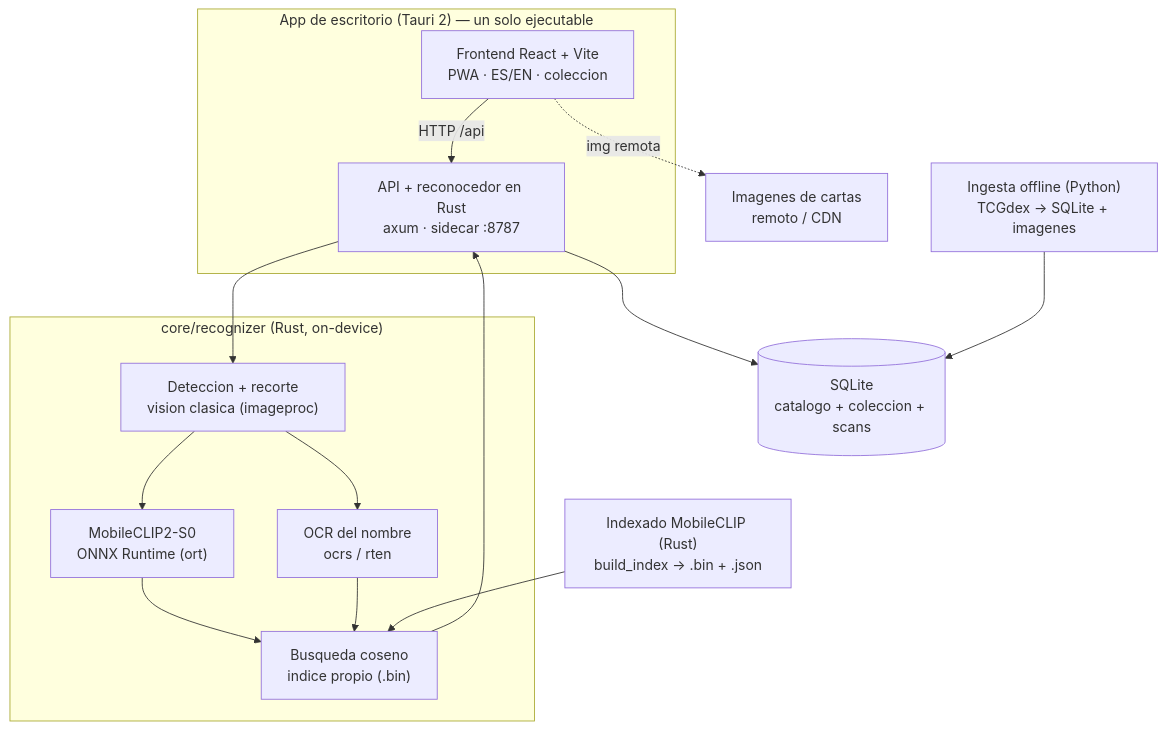
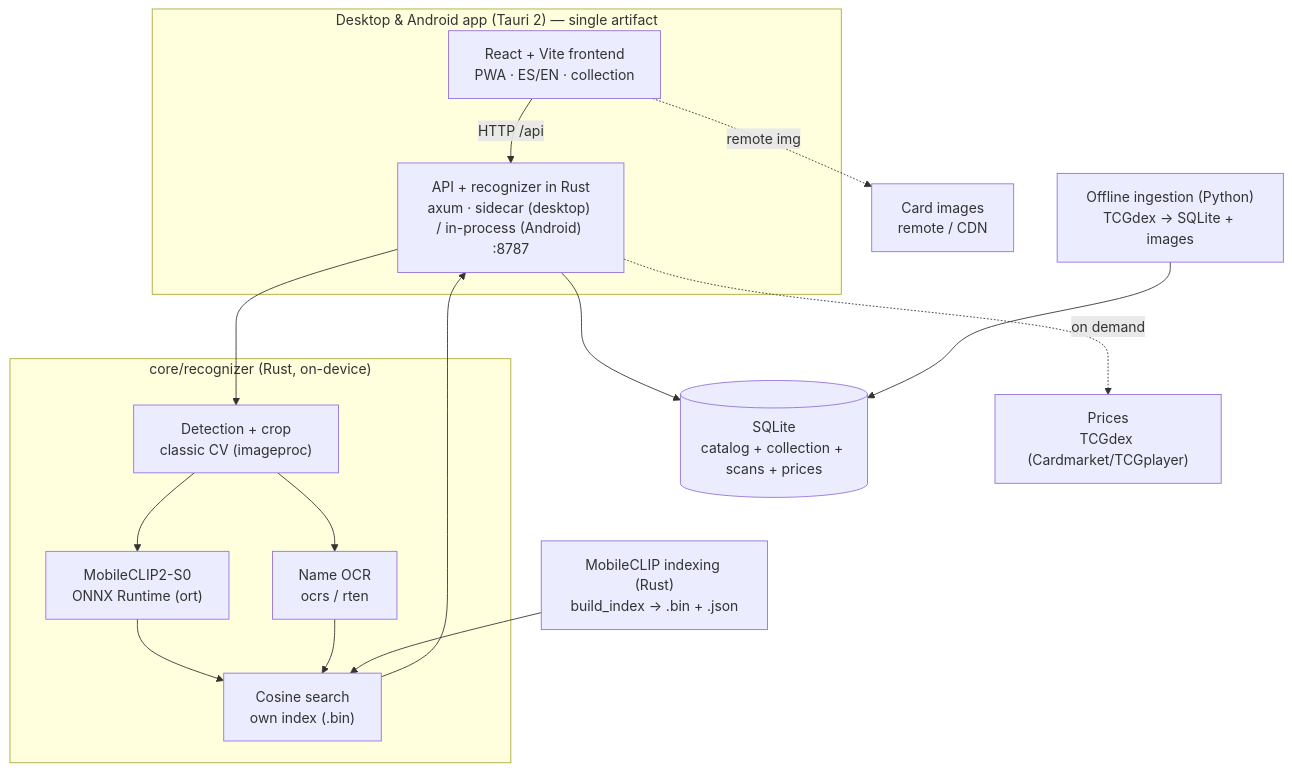
Before and after one commit to alexwing/CardLens: the diagram in README.md, drawn with Mermaid. The commit also changed other lines of this file and 1 other file, not shown here.

````diff
--- a/README.md
+++ b/README.md
@@ -36,29 +41,31 @@
 ```mermaid
 flowchart TB
-    subgraph APP["App de escritorio (Tauri 2) — un solo ejecutable"]
-        UI["Frontend React + Vite<br/>PWA · ES/EN · coleccion"]
-        API["API + reconocedor en Rust<br/>axum · sidecar :8787"]
+    subgraph APP["Desktop & Android app (Tauri 2) — single artifact"]
+        UI["React + Vite frontend<br/>PWA · ES/EN · collection"]
+        API["API + recognizer in Rust<br/>axum · sidecar (desktop) / in-process (Android) :8787"]
         UI -->|"HTTP /api"| API
     end
 
     subgraph REC["core/recognizer (Rust, on-device)"]
-        DET["Deteccion + recorte<br/>vision clasica (imageproc)"]
+        DET["Detection + crop<br/>classic CV (imageproc)"]
         EMB["MobileCLIP2-S0<br/>ONNX Runtime (ort)"]
-        OCRR["OCR del nombre<br/>ocrs / rten"]
-        SRCH["Busqueda coseno<br/>indice propio (.bin)"]
+        OCRR["Name OCR<br/>ocrs / rten"]
+        SRCH["Cosine search<br/>own index (.bin)"]
     end
 
-    DB[("SQLite<br/>catalogo + coleccion + scans")]
-    IMG["Imagenes de cartas<br/>remoto / CDN"]
-    ING["Ingesta offline (Python)<br/>TCGdex -> SQLite + imagenes"]
-    IDX["Indexado MobileCLIP (Rust)<br/>build_index -> .bin + .json"]
+    DB[("SQLite<br/>catalog + collection + scans + prices")]
+    IMG["Card images<br/>remote / CDN"]
+    PRICE["Prices<br/>TCGdex (Cardmarket/TCGplayer)"]
+    ING["Offline ingestion (Python)<br/>TCGdex -> SQLite + images"]
+    IDX["MobileCLIP indexing (Rust)<br/>build_index -> .bin + .json"]
 
     API --> DET
     DET --> EMB --> SRCH
     DET --> OCRR --> SRCH
     SRCH --> API
     API --> DB
-    UI -. "img remota" .-> IMG
+    UI -. "remote img" .-> IMG
+    API -. "on demand" .-> PRICE
     ING --> DB
     IDX --> SRCH
 ```
````
